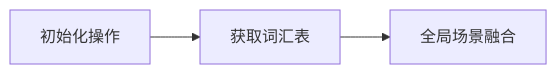
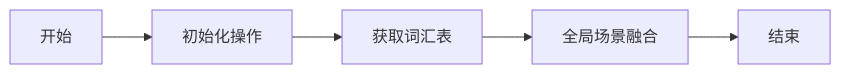
Before and after one commit to tenderne13/hello-easy-flow-bpmn: the sixth of 10 diagrams in README.md, drawn with Mermaid. The commit also changed other lines of this file and 2 other files, not shown here.

````diff
--- a/README.md
+++ b/README.md
@@ -126,5 +126,7 @@
 ```mermaid
 graph LR
+    开始 --> A
     A[初始化操作] --> B[获取词汇表]
     B --> C[全局场景融合]
+    C --> 结束
 ```
````
